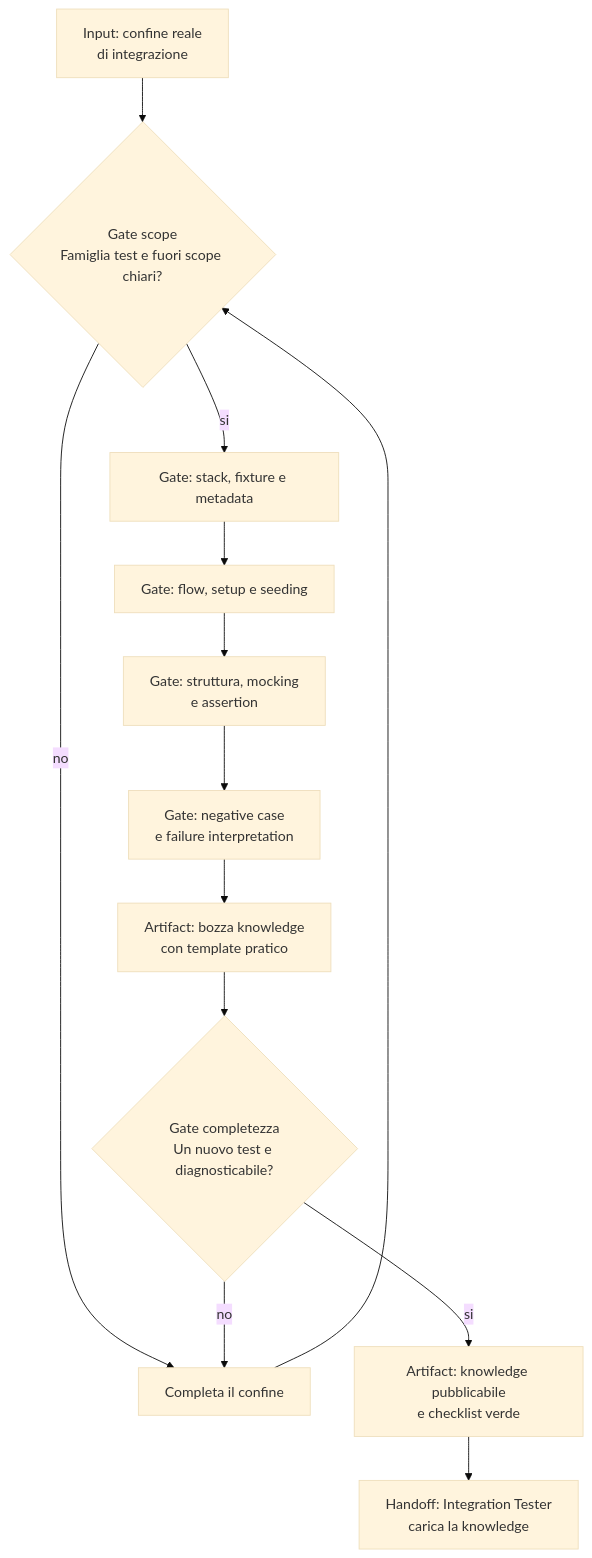
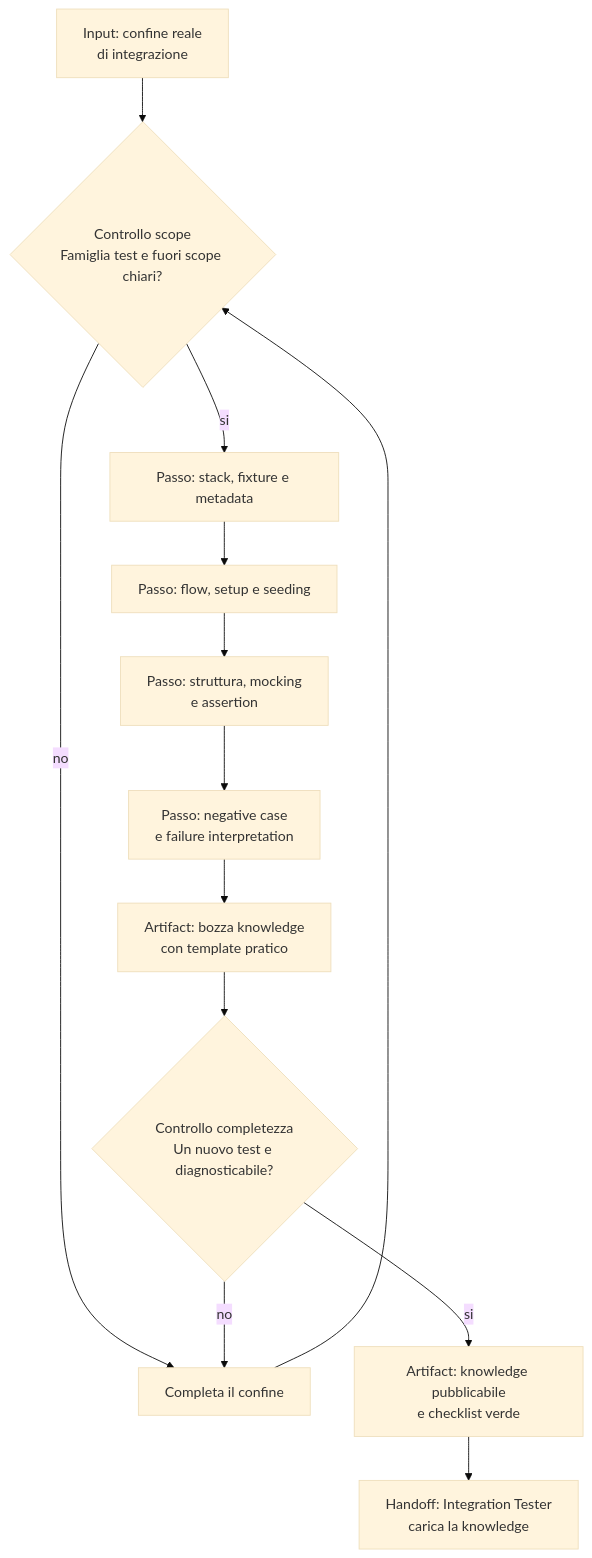
Before and after one commit to violabg/agentic-system-lessons: the diagram in role-maps/skills/integration-test-knowledge-checklist.md, drawn with Mermaid (base theme). The commit also changed other lines of this file and 39 other files, not shown here.

````diff
--- a/role-maps/skills/integration-test-knowledge-checklist.md
+++ b/role-maps/skills/integration-test-knowledge-checklist.md
@@ -15,15 +15,15 @@
 ```mermaid
 flowchart TD
-    Boundary[Input: confine reale<br/>di integrazione] --> G1{Gate scope<br/>Famiglia test e fuori scope chiari?}
+    Boundary[Input: confine reale<br/>di integrazione] --> G1{Controllo scope<br/>Famiglia test e fuori scope chiari?}
     G1 -->|no| Refine[Completa il confine]
     Refine --> G1
-    G1 -->|si| Stack[Gate: stack, fixture e metadata]
-    Stack --> Setup[Gate: flow, setup e seeding]
-    Setup --> Shape[Gate: struttura, mocking<br/>e assertion]
-    Shape --> Failures[Gate: negative case<br/>e failure interpretation]
+    G1 -->|si| Stack[Passo: stack, fixture e metadata]
+    Stack --> Setup[Passo: flow, setup e seeding]
+    Setup --> Shape[Passo: struttura, mocking<br/>e assertion]
+    Shape --> Failures[Passo: negative case<br/>e failure interpretation]
     Failures --> Draft[Artifact: bozza knowledge<br/>con template pratico]
-    Draft --> G2{Gate completezza<br/>Un nuovo test e diagnosticabile?}
+    Draft --> G2{Controllo completezza<br/>Un nuovo test e diagnosticabile?}
     G2 -->|no| Refine
     G2 -->|si| Green[Artifact: knowledge pubblicabile<br/>e checklist verde]
     Green --> Handoff[Handoff: Integration Tester<br/>carica la knowledge]
 ```
````
